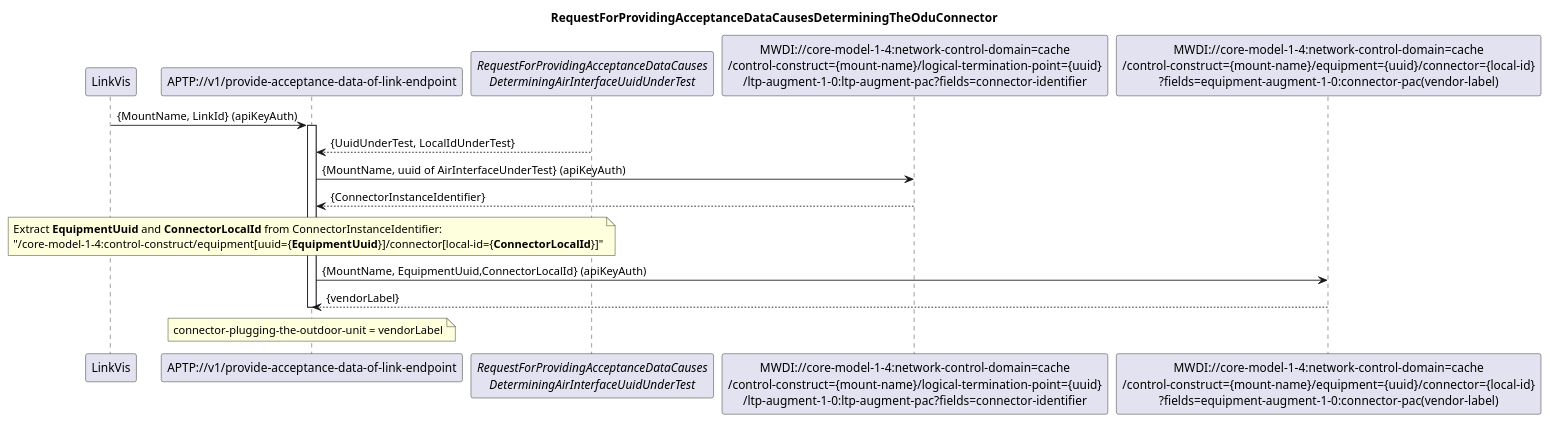
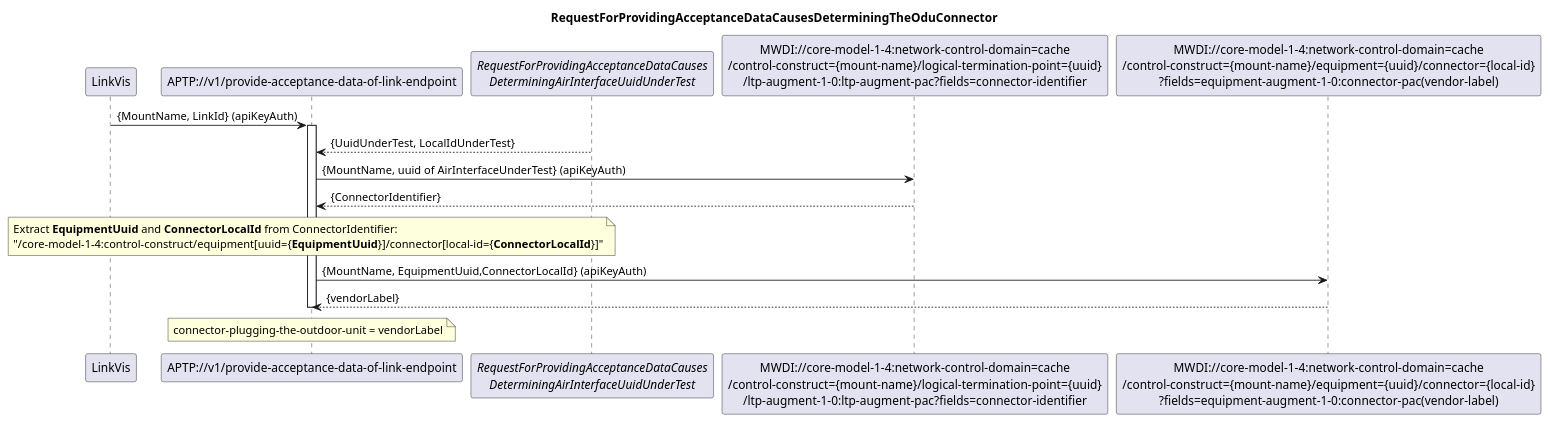
Before and after one commit to openBackhaul/AccessPlanningToolProxy: the diagram in spec/diagrams/ProvideAcceptanceDataOfLinkEndpoint/151_OduConnector.plantuml, drawn with PlantUML. The commit also changed 1 other file, not shown here.

Commit message:
Update Diagrams of 151_OduConnector

```diff
--- a/spec/diagrams/ProvideAcceptanceDataOfLinkEndpoint/151_OduConnector.plantuml
+++ b/spec/diagrams/ProvideAcceptanceDataOfLinkEndpoint/151_OduConnector.plantuml
@@ -1,37 +1,37 @@
 @startuml 151_OduConnector
 skinparam responseMessageBelowArrow true
 
 title
 RequestForProvidingAcceptanceDataCausesDeterminingTheOduConnector
 end title
 
 participant "LinkVis" as LinkVis
 participant "APTP://v1/provide-acceptance-data-of-link-endpoint" as APTP
 participant "<i>RequestForProvidingAcceptanceDataCauses\n<i>DeterminingAirInterfaceUuidUnderTest</i>" as AirInterface
 participant "MWDI://core-model-1-4:network-control-domain=cache\n/control-construct={mount-name}/logical-termination-point={uuid}\n/ltp-augment-1-0:ltp-augment-pac?fields=connector-identifier" as ConnectorId
 participant "MWDI://core-model-1-4:network-control-domain=cache\n/control-construct={mount-name}/equipment={uuid}/connector={local-id}\n?fields=equipment-augment-1-0:connector-pac(vendor-label)" as ConnectorLabel
 
 
 LinkVis -> APTP: {MountName, LinkId} (apiKeyAuth)
 activate APTP
 
 AirInterface --> APTP: {UuidUnderTest, LocalIdUnderTest}
 
 APTP -> ConnectorId: {MountName, uuid of AirInterfaceUnderTest} (apiKeyAuth)
-ConnectorId --> APTP: {ConnectorInstanceIdentifier}
+ConnectorId --> APTP: {ConnectorIdentifier}
 
 note over APTP
-    Extract **EquipmentUuid** and **ConnectorLocalId** from ConnectorInstanceIdentifier:
+    Extract **EquipmentUuid** and **ConnectorLocalId** from ConnectorIdentifier:
     "/core-model-1-4:control-construct/equipment[uuid={**EquipmentUuid**}]/connector[local-id={**ConnectorLocalId**}]"
 end note
 
 APTP -> ConnectorLabel: {MountName, EquipmentUuid,ConnectorLocalId} (apiKeyAuth)
 ConnectorLabel --> APTP: {vendorLabel}
 
 note over APTP
 connector-plugging-the-outdoor-unit = vendorLabel
 end note
 
 deactivate APTP
 
 @enduml
```
